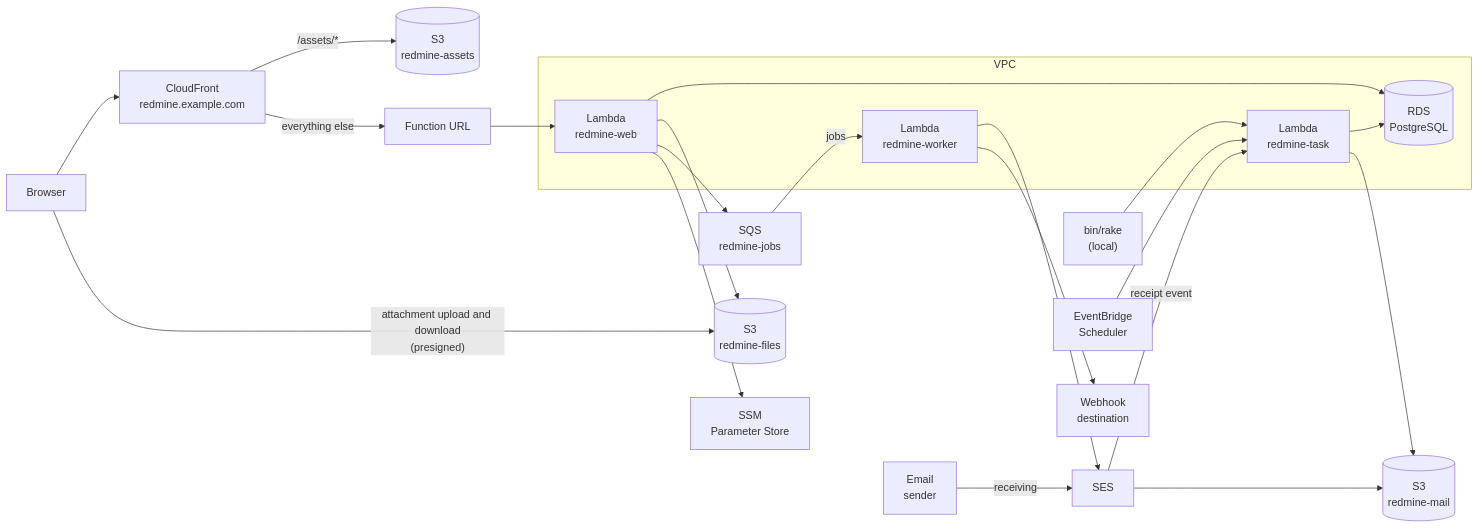
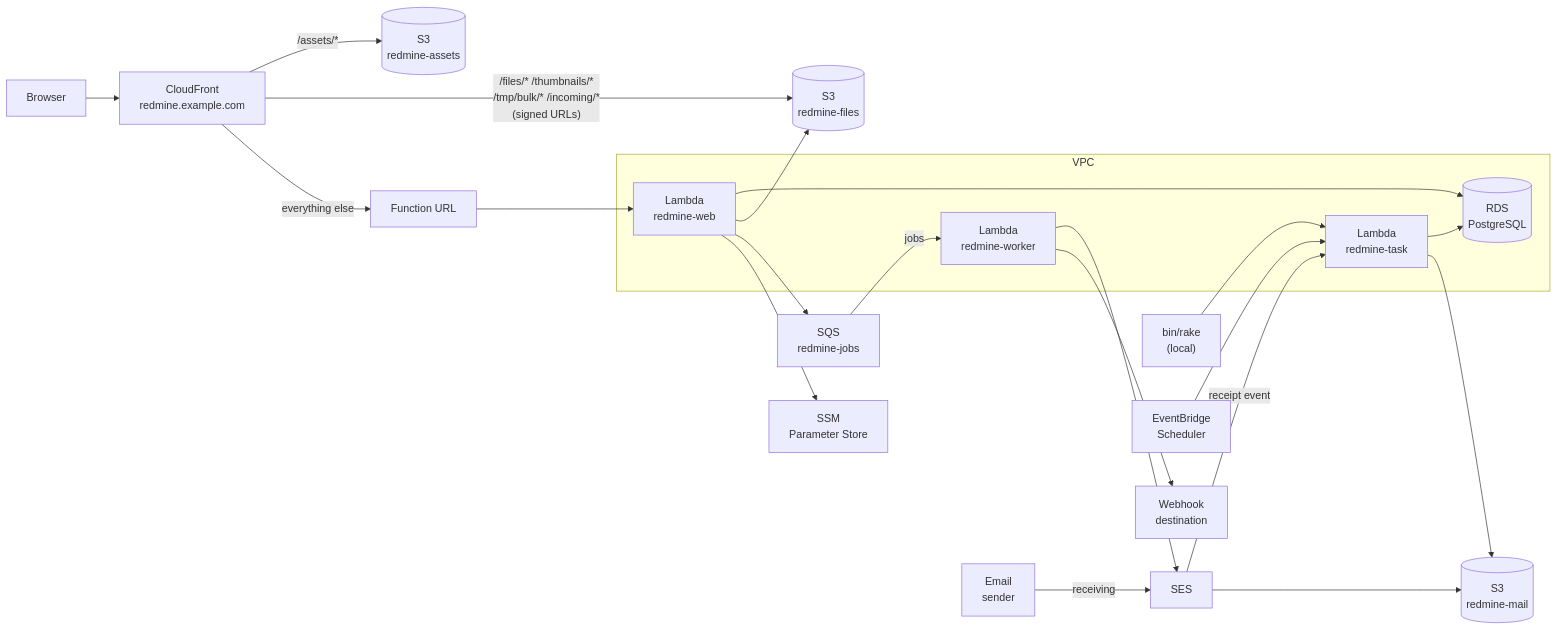
One commit to redmine-kit/serverless changed the diagram in docs/architecture.md. Above: the diagram before and after it, drawn with Mermaid. The commit also changed other lines of this file and 21 other files, not shown here.

````diff
--- a/docs/architecture.md
+++ b/docs/architecture.md
@@ -9,41 +9,41 @@
 ```mermaid
 flowchart LR
   user["Browser"]
   sender["Email<br>sender"]
   cf["CloudFront<br>redmine.example.com"]
   url["Function URL"]
   assets[("S3<br>redmine-assets")]
   subgraph vpc["VPC"]
     app["Lambda<br>redmine-web"]
     worker["Lambda<br>redmine-worker"]
     task["Lambda<br>redmine-task"]
     rds[("RDS<br>PostgreSQL")]
   end
   sqs["SQS<br>redmine-jobs"]
   files[("S3<br>redmine-files")]
   mail[("S3<br>redmine-mail")]
   ses["SES"]
   ssm["SSM<br>Parameter Store"]
   ext["Webhook<br>destination"]
   cli["bin/rake<br>(local)"]
   sch["EventBridge<br>Scheduler"]
 
   user --> cf
   cf -- "/assets/*" --> assets
+  cf -- "/files/* /thumbnails/*<br>/tmp/bulk/* /incoming/*<br>(signed URLs)" --> files
   cf -- "everything else" --> url --> app
-  user -- "attachment upload and download<br>(presigned)" --> files
   app --> rds
   app --> files
   app --> sqs
   app --> ssm
   sqs -- "jobs" --> worker
   worker --> ses
   worker --> ext
   sender -- "receiving" --> ses
   ses --> mail
   ses -- "receipt event" --> task
   cli --> task
   sch --> task
   task --> rds
   task --> mail
 ```
````
